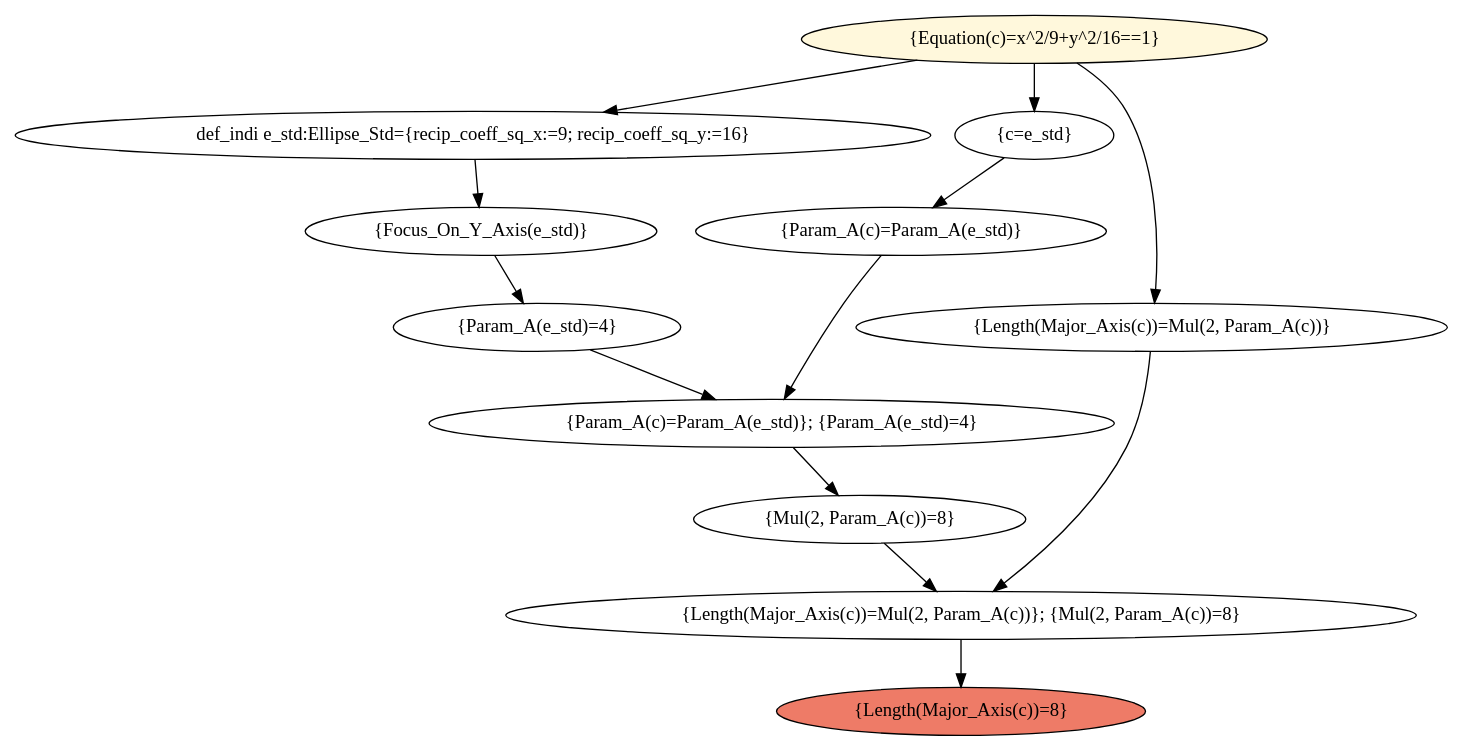
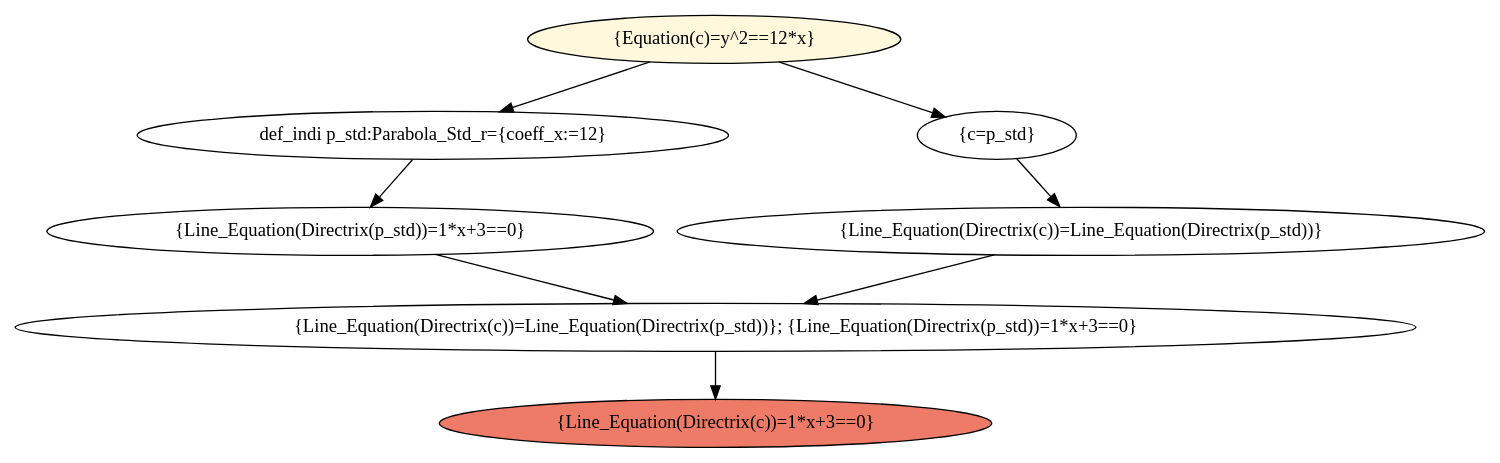
One commit to trapped-beast/KE_Reasoning_Engine changed the diagram in reasoning_engine/solving_process.dot. Above: the diagram before and after it, drawn with Graphviz. The commit also changed 16 other files, not shown here.

```diff
--- a/reasoning_engine/solving_process.dot
+++ b/reasoning_engine/solving_process.dot
@@ -1,53 +1,36 @@
 digraph solving_process {
-	graph [bb="0,0,869.61,540"];
+	graph [bb="0,0,867.94,324"];
 	node [label="\N"];
-	"{Equation(c)=x^2/9+y^2/16==1}"	[fillcolor=cornsilk,
+	"{Equation(c)=y^2==12*x}"	[fillcolor=cornsilk,
 		height=0.5,
-		pos="612.63,522",
+		pos="410.76,306",
 		style=filled,
-		width=3.6469];
-	"def_indi e_std:Ellipse_Std={recip_coeff_sq_x:=9; recip_coeff_sq_y:=16}"	[height=0.5,
-		pos="273.63,450",
-		width=7.6007];
-	"{Equation(c)=x^2/9+y^2/16==1}" -> "def_indi e_std:Ellipse_Std={recip_coeff_sq_x:=9; recip_coeff_sq_y:=16}"	[pos="e,354.3,467.66 541.97,506.41 490.78,495.84 421.09,481.45 365.57,469.98"];
-	"{c=e_std}"	[height=0.5,
-		pos="612.63,450",
-		width=1.3179];
-	"{Equation(c)=x^2/9+y^2/16==1}" -> "{c=e_std}"	[pos="e,612.63,468.1 612.63,503.7 612.63,496.41 612.63,487.73 612.63,479.54"];
-	"{Length(Major_Axis(c))=Mul(2, Param_A(c))}"	[height=0.5,
-		pos="687.63,306",
-		width=5.0551];
-	"{Equation(c)=x^2/9+y^2/16==1}" -> "{Length(Major_Axis(c))=Mul(2, Param_A(c))}"	[pos="e,689.27,324.06 637.43,503.94 648.88,494.69 661.48,482.24 668.63,468 689.99,425.43 691.41,368.79 689.92,335.29"];
-	"{Focus_On_Y_Axis(e_std)}"	[height=0.5,
-		pos="274.63,378",
-		width=3.1053];
-	"def_indi e_std:Ellipse_Std={recip_coeff_sq_x:=9; recip_coeff_sq_y:=16}" -> "{Focus_On_Y_Axis(e_std)}"	[pos="e,274.38,396.1 273.87,431.7 273.98,424.41 274.1,415.73 274.22,407.54"];
-	"{Param_A(c)=Param_A(e_std)}"	[height=0.5,
-		pos="532.63,378",
-		width=3.5025];
-	"{c=e_std}" -> "{Param_A(c)=Param_A(e_std)}"	[pos="e,552.1,396.04 594.47,433.12 584.51,424.39 571.93,413.39 560.72,403.58"];
-	"{Length(Major_Axis(c))=Mul(2, Param_A(c))}; {Mul(2, Param_A(c))=8}"	[height=0.5,
-		pos="569.63,90",
-		width=7.7451];
-	"{Length(Major_Axis(c))=Mul(2, Param_A(c))}" -> "{Length(Major_Axis(c))=Mul(2, Param_A(c))}; {Mul(2, Param_A(c))=8}"	[pos="e,587.97,108.1 686.06,287.62 683.92,269.18 679.08,239.54 668.63,216 651.31,177.02 618.98,139.68 595.98,116.13"];
-	"{Param_A(e_std)=4}"	[height=0.5,
-		pos="305.63,306",
-		width=2.4192];
-	"{Focus_On_Y_Axis(e_std)}" -> "{Param_A(e_std)=4}"	[pos="e,298.05,324.1 282.29,359.7 285.67,352.07 289.72,342.92 293.49,334.4"];
-	"{Param_A(c)=Param_A(e_std)}; {Param_A(e_std)=4}"	[height=0.5,
-		pos="451.63,234",
-		width=5.7773];
-	"{Param_A(e_std)=4}" -> "{Param_A(c)=Param_A(e_std)}; {Param_A(e_std)=4}"	[pos="e,415.73,252.21 339.12,288.94 358.8,279.51 383.96,267.44 405.49,257.12"];
-	"{Param_A(c)=Param_A(e_std)}" -> "{Param_A(c)=Param_A(e_std)}; {Param_A(e_std)=4}"	[pos="e,459.61,252.41 520.05,359.7 512.85,349.52 503.85,336.27 496.63,324 484.84,303.99 473.04,280.51 464.49,262.69"];
-	"{Mul(2, Param_A(c))=8}"	[height=0.5,
-		pos="504.63,162",
-		width=2.8525];
-	"{Param_A(c)=Param_A(e_std)}; {Param_A(e_std)=4}" -> "{Mul(2, Param_A(c))=8}"	[pos="e,491.68,180.1 464.73,215.7 470.76,207.73 478.05,198.1 484.74,189.26"];
-	"{Mul(2, Param_A(c))=8}" -> "{Length(Major_Axis(c))=Mul(2, Param_A(c))}; {Mul(2, Param_A(c))=8}"	[pos="e,553.58,108.28 520.36,144.05 527.99,135.84 537.32,125.79 545.8,116.66"];
-	"{Length(Major_Axis(c))=8}"	[fillcolor="#ee7b67",
+		width=2.997];
+	"def_indi p_std:Parabola_Std_r={coeff_x:=12}"	[height=0.5,
+		pos="289.76,234",
+		width=4.8746];
+	"{Equation(c)=y^2==12*x}" -> "def_indi p_std:Parabola_Std_r={coeff_x:=12}"	[pos="e,319.35,252.12 381.78,288.23 366,279.1 346.25,267.68 329.1,257.76"];
+	"{c=p_std}"	[height=0.5,
+		pos="579.76,234",
+		width=1.336];
+	"{Equation(c)=y^2==12*x}" -> "{c=p_std}"	[pos="e,548.4,247.99 449.96,288.76 476.27,277.87 510.9,263.52 537.77,252.39"];
+	"{Line_Equation(Directrix(p_std))=1*x+3==0}"	[height=0.5,
+		pos="193.76,162",
+		width=4.9287];
+	"def_indi p_std:Parabola_Std_r={coeff_x:=12}" -> "{Line_Equation(Directrix(p_std))=1*x+3==0}"	[pos="e,217.22,180.1 266.03,215.7 254.06,206.97 239.35,196.24 226.34,186.75"];
+	"{Line_Equation(Directrix(c))=Line_Equation(Directrix(p_std))}"	[height=0.5,
+		pos="628.76,162",
+		width=6.6439];
+	"{c=p_std}" -> "{Line_Equation(Directrix(c))=Line_Equation(Directrix(p_std))}"	[pos="e,616.55,180.45 591.38,216.41 596.95,208.45 603.76,198.72 610.03,189.76"];
+	"{Line_Equation(Directrix(c))=Line_Equation(Directrix(p_std))}; {Line_Equation(Directrix(p_std))=1*x+3==0}"	[height=0.5,
+		pos="410.76,90",
+		width=11.41];
+	"{Line_Equation(Directrix(p_std))=1*x+3==0}" -> "{Line_Equation(Directrix(c))=Line_Equation(Directrix(p_std))}; {Line_Equation(Directrix(p_std))=1*x+3==0}"	[pos="e,357.19,108.28 245.46,144.32 275.76,134.55 314.29,122.12 346.52,111.72"];
+	"{Line_Equation(Directrix(c))=Line_Equation(Directrix(p_std))}" -> "{Line_Equation(Directrix(c))=Line_Equation(Directrix(p_std))}; {Line_Equation(Directrix(p_std))=1*x+3==0}"	[pos="e,464.43,108.23 575.71,143.97 545.37,134.22 507.08,121.93 475.04,111.64"];
+	"{Line_Equation(Directrix(c))=1*x+3==0}"	[fillcolor="#ee7b67",
 		height=0.5,
-		pos="569.63,18",
+		pos="410.76,18",
 		style=filled,
-		width=3.1233];
-	"{Length(Major_Axis(c))=Mul(2, Param_A(c))}; {Mul(2, Param_A(c))=8}" -> "{Length(Major_Axis(c))=8}"	[pos="e,569.63,36.104 569.63,71.697 569.63,64.407 569.63,55.726 569.63,47.536"];
+		width=4.5135];
+	"{Line_Equation(Directrix(c))=Line_Equation(Directrix(p_std))}; {Line_Equation(Directrix(p_std))=1*x+3==0}" -> "{Line_Equation(Directrix(c))=1*x+3==0}"	[pos="e,410.76,36.104 410.76,71.697 410.76,64.407 410.76,55.726 410.76,47.536"];
 }
```
